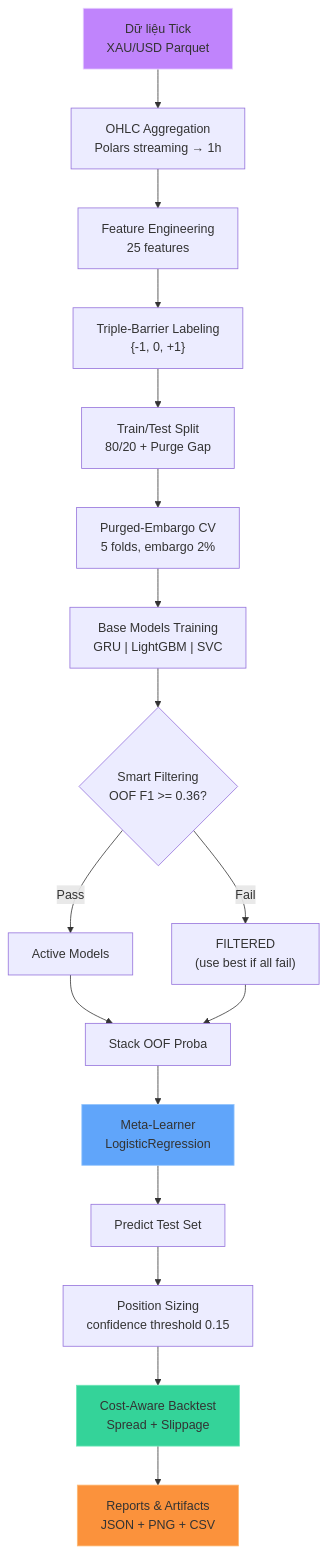
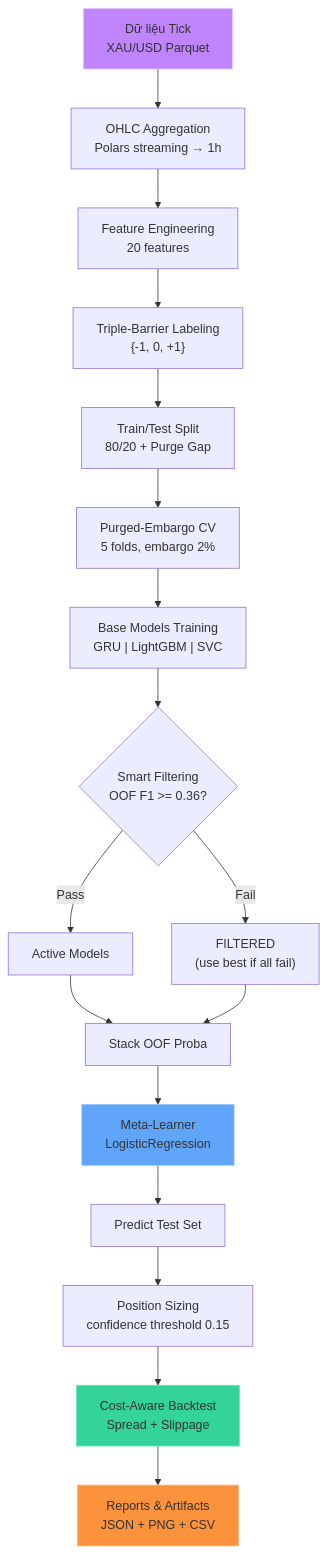
Before and after one commit to ultimateBroK/thesis-compact: the first of 2 diagrams in docs/architecture-overview.md, drawn with Mermaid. The commit also changed other lines of this file and 4 other files, not shown here.

````diff
--- a/docs/architecture-overview.md
+++ b/docs/architecture-overview.md
@@ -9,24 +9,24 @@
 ```mermaid
 flowchart TD
     A["Dữ liệu Tick<br/>XAU/USD Parquet"] --> B["OHLC Aggregation<br/>Polars streaming → 1h"]
-    B --> C["Feature Engineering<br/>25 features"]
+    B --> C["Feature Engineering<br/>20 features"]
     C --> D["Triple-Barrier Labeling<br/>{-1, 0, +1}"]
     D --> E["Train/Test Split<br/>80/20 + Purge Gap"]
     E --> F["Purged-Embargo CV<br/>5 folds, embargo 2%"]
     F --> G["Base Models Training<br/>GRU | LightGBM | SVC"]
     G --> H{"Smart Filtering<br/>OOF F1 >= 0.36?"}
     H -->|"Pass"| I["Active Models"]
     H -->|"Fail"| J["FILTERED<br/>(use best if all fail)"]
     I --> K["Stack OOF Proba"]
     J --> K
     K --> L["Meta-Learner<br/>LogisticRegression"]
     L --> M["Predict Test Set"]
     M --> N["Position Sizing<br/>confidence threshold 0.15"]
     N --> O["Cost-Aware Backtest<br/>Spread + Slippage"]
     O --> P["Reports & Artifacts<br/>JSON + PNG + CSV"]
 
     style A fill:#c084fc,stroke:#e9d5ff
     style L fill:#60a5fa,stroke:#93c5fd
     style O fill:#34d399,stroke:#6ee7b7
     style P fill:#fb923c,stroke:#fdba74
 ```
````
